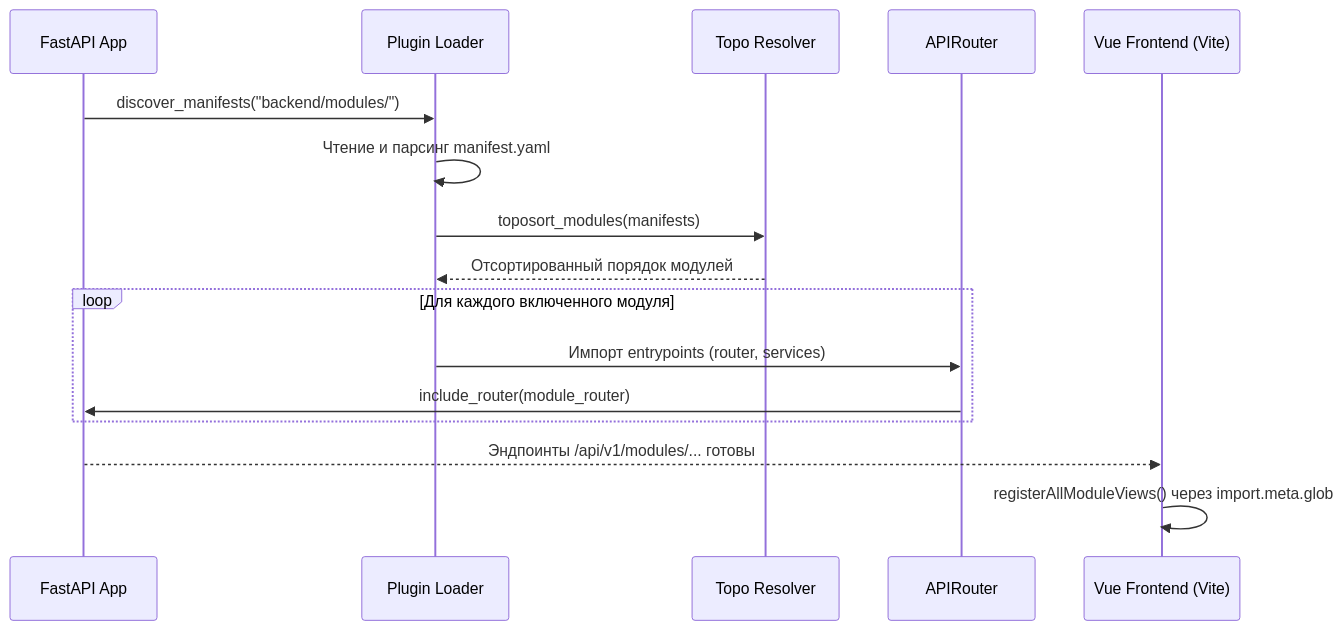
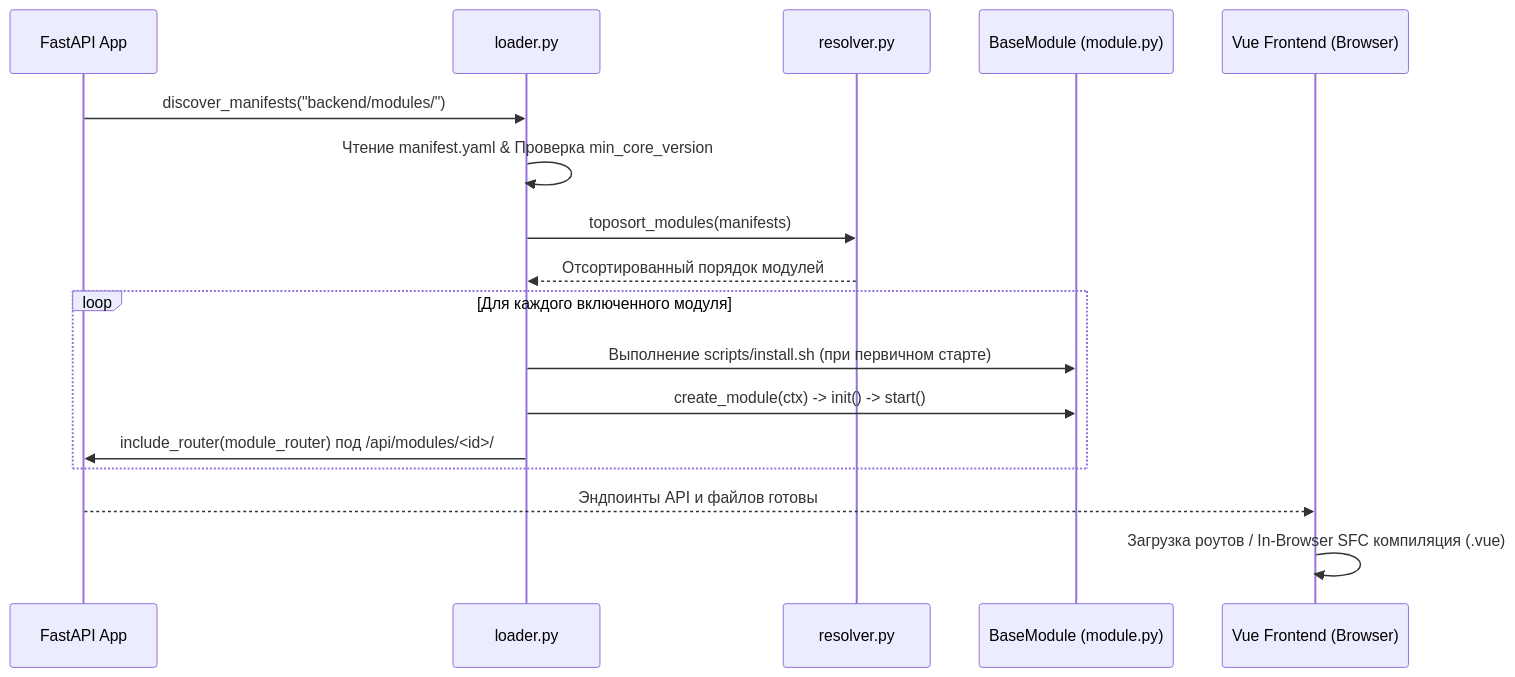
Before and after one commit to Apofixc/nms-webui: the diagram in docs/wiki/02-module-development/plugin-lifecycle-and-hooks.md, drawn with Mermaid. The commit also changed other lines of this file and 2 other files, not shown here.

Commit message:
docs: update module development documentation and plugin lifecycle guide

````diff
--- a/docs/wiki/02-module-development/plugin-lifecycle-and-hooks.md
+++ b/docs/wiki/02-module-development/plugin-lifecycle-and-hooks.md
@@ -21,19 +21,20 @@
 ```mermaid
 sequenceDiagram
     participant App as FastAPI App
-    participant Loader as Plugin Loader
-    participant Resolver as Topo Resolver
-    participant Router as APIRouter
-    participant FE as Vue Frontend (Vite)
+    participant Loader as loader.py
+    participant Resolver as resolver.py
+    participant Module as BaseModule (module.py)
+    participant FE as Vue Frontend (Browser)
 
     App->>Loader: discover_manifests("backend/modules/")
-    Loader->>Loader: Чтение и парсинг manifest.yaml
+    Loader->>Loader: Чтение manifest.yaml & Проверка min_core_version
     Loader->>Resolver: toposort_modules(manifests)
     Resolver-->>Loader: Отсортированный порядок модулей
     loop Для каждого включенного модуля
-        Loader->>Router: Импорт entrypoints (router, services)
-        Router->>App: include_router(module_router)
+        Loader->>Module: Выполнение scripts/install.sh (при первичном старте)
+        Loader->>Module: create_module(ctx) -> init() -> start()
+        Loader->>App: include_router(module_router) под /api/modules/<id>/
     end
-    App-->>FE: Эндпоинты /api/v1/modules/... готовы
-    FE->>FE: registerAllModuleViews() через import.meta.glob
+    App-->>FE: Эндпоинты API и файлов готовы
+    FE->>FE: Загрузка роутов / In-Browser SFC компиляция (.vue)
 ```
````
